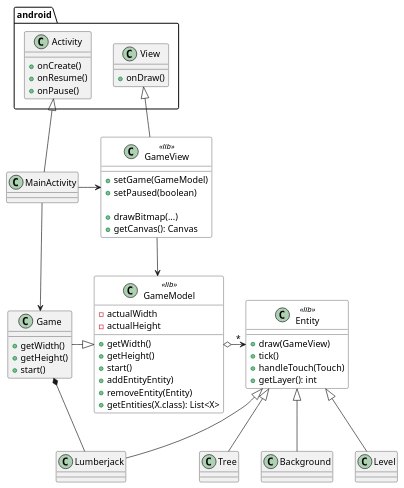
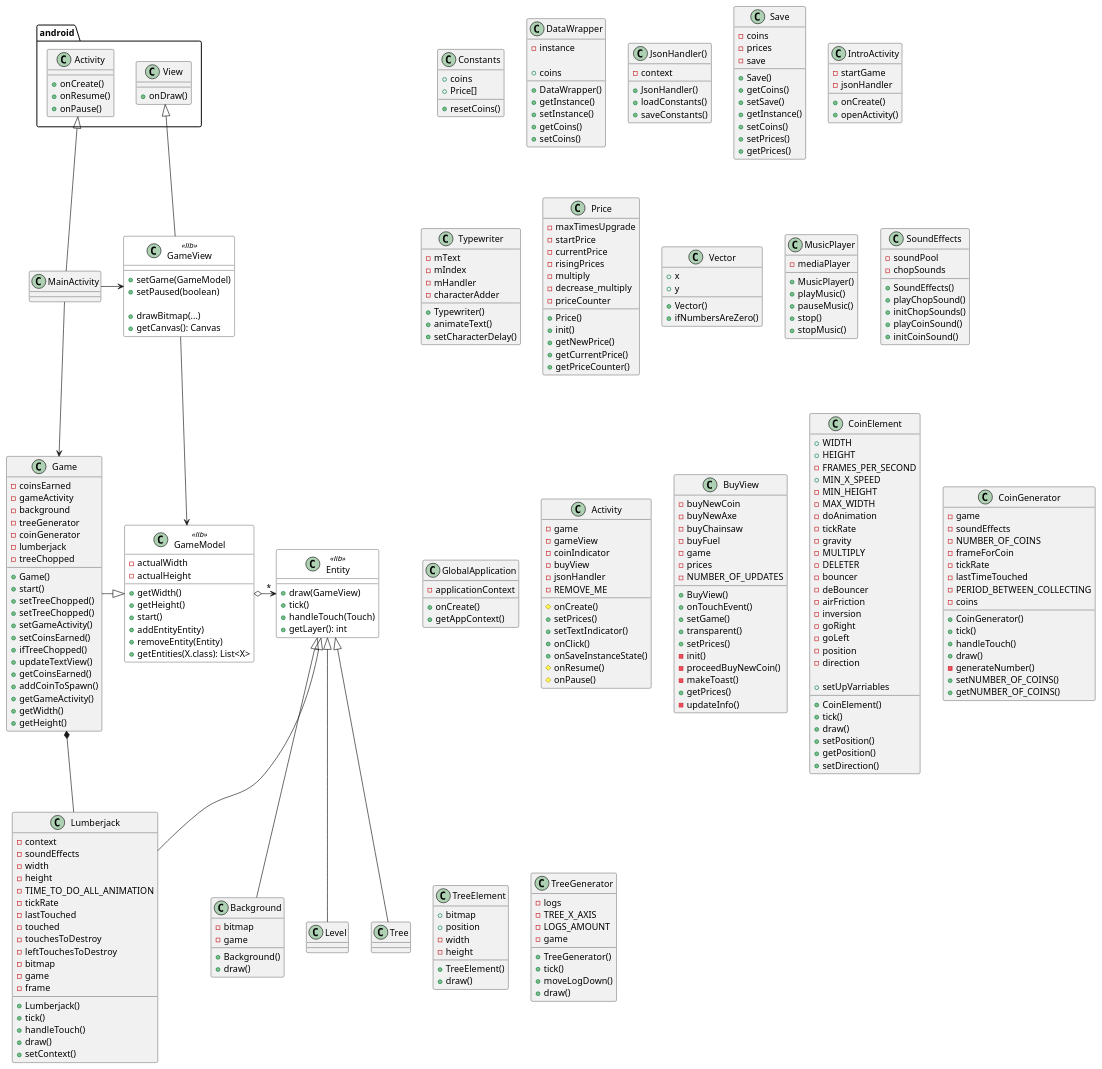
The diagram in doc/doc_lumberjack/technical-design.md (Iheuwadinachi/playg), drawn with PlantUML before and after one commit.

Commit message:
improved class diagram

```diff
--- a/doc/doc_lumberjack/technical-design.md
+++ b/doc/doc_lumberjack/technical-design.md
@@ -47,10 +47,239 @@
     BackgroundColor<< lib >> white
 }
 
+class Constants{
+    + coins
+    + Price[]
+    + resetCoins()
+}
+
+class DataWrapper{
+    - instance
+    
+    + coins
+    + DataWrapper()
+    + getInstance()
+    + setInstance()
+    + getCoins()
+    + setCoins()
+    
+}
+
+class JsonHandler(){
+    - context
+    
+    + JsonHandler()
+    + loadConstants()
+    + saveConstants()
+}
+
+class Save {
+    - coins
+    - prices
+    - save
+    
+    + Save()
+    + getCoins()
+    + setSave()
+    + getInstance()
+    + setCoins()
+    + setPrices()
+    + getPrices()
+}
+
+class IntroActivity{
+    - startGame
+    - jsonHandler
+    
+    + onCreate()
+    + openActivity()
+}
+
+class Typewriter{
+    - mText
+    - mIndex
+    - mHandler
+    - characterAdder
+    
+    + Typewriter()
+    + animateText()
+    + setCharacterDelay()
+}
+
+class Price{
+    - maxTimesUpgrade
+    - startPrice
+    - currentPrice
+    - risingPrices
+    - multiply
+    - decrease_multiply
+    - priceCounter
+    
+    + Price()
+    + init()
+    + getNewPrice()
+    + getCurrentPrice()
+    + getPriceCounter()
+}
+
+class Vector{
+    + x
+    + y
+    
+    + Vector()
+    + ifNumbersAreZero()
+}
+
+class MusicPlayer{
+    - mediaPlayer
+    
+    + MusicPlayer()
+    + playMusic()
+    + pauseMusic()
+    + stop()
+    + stopMusic()
+}
+
+class SoundEffects{
+    - soundPool
+    - chopSounds
+    
+    + SoundEffects()
+    + playChopSound()
+    + initChopSounds()
+    + playCoinSound()
+    + initCoinSound()
+}
+
+class GlobalApplication{
+    - applicationContext
+    
+    + onCreate()
+    + getAppContext()
+}
+
+class Activity{
+    - game
+    - gameView
+    - coinIndicator
+    - buyView
+    - jsonHandler
+    - REMOVE_ME
+    
+    # onCreate()
+    + setPrices()
+    + setTextIndicator()
+    + onClick()
+    + onSaveInstanceState()
+    # onResume()
+    # onPause()
+    
+}
+
+class Background{
+    - bitmap
+    - game
+    
+    + Background()
+    + draw()
+}
+
+class BuyView{
+    - buyNewCoin
+    - buyNewAxe
+    - buyChainsaw
+    - buyFuel
+    - game
+    - prices
+    - NUMBER_OF_UPDATES
+    
+    
+    
+    + BuyView()
+    + onTouchEvent()
+    + setGame()
+    + transparent()
+    + setPrices()
+    - init()
+    - proceedBuyNewCoin()
+    - makeToast()
+    + getPrices()
+    - updateInfo()
+    
+    
+}
+class CoinElement{
+    + WIDTH
+    + HEIGHT
+    - FRAMES_PER_SECOND
+    + MIN_X_SPEED
+    - MIN_HEIGHT
+    - MAX_WIDTH
+    - doAnimation
+    - tickRate
+    - gravity
+    - MULTIPLY
+    - DELETER
+    - bouncer
+    - deBouncer
+    - airFriction
+    - inversion
+    - goRight
+    - goLeft
+    - position
+    - direction
+    
+    + CoinElement()
+    + tick()
+    + draw()
+    + setPosition()
+    + getPosition()
+    + setDirection()
+    + setUpVarriables
+    
+}
+class CoinGenerator{
+    - game
+    - soundEffects
+    - NUMBER_OF_COINS
+    - frameForCoin
+    - tickRate
+    - lastTimeTouched
+    - PERIOD_BETWEEN_COLLECTING
+    - coins
+    
+    + CoinGenerator()
+    + tick()
+    + handleTouch()
+    + draw()
+    - generateNumber()
+    + setNUMBER_OF_COINS()
+    + getNUMBER_OF_COINS()
+}
+
 class Game {
+    - coinsEarned
+    - gameActivity
+    - background
+    - treeGenerator
+    - coinGenerator
+    - lumberjack
+    - treeChopped
+    
+    + Game()
+    + start()
+    + setTreeChopped()
+    + setTreeChopped()
+    + setGameActivity()
+    + setCoinsEarned()
+    + ifTreeChopped()
+    + updateTextView()
+    + getCoinsEarned()
+    + addCoinToSpawn()
+    + getGameActivity()
     + getWidth()
     + getHeight()
-    + start()
+   
 }
 
 class MainActivity {
@@ -59,13 +288,50 @@
 
 
 class Lumberjack{
-
+    - context
+    - soundEffects
+    - width
+    - height
+    - TIME_TO_DO_ALL_ANIMATION
+    - tickRate
+    - lastTouched
+    - touched
+    - touchesToDestroy
+    - leftTouchesToDestroy
+    - bitmap
+    - game
+    - frame
+    
+    + Lumberjack()
+    + tick()
+    + handleTouch()
+    + draw()
+    + setContext()
+    
 }
 
-class Tree{
+class TreeElement{
+    + bitmap
+    + position
+    - width
+    - height
+    
+    + TreeElement()
+    + draw()
+    
 }
 
-class Background{
+class TreeGenerator{
+    - logs
+    - TREE_X_AXIS
+    - LOGS_AMOUNT
+    - game
+    
+    + TreeGenerator()
+    + tick()
+    + moveLogDown()
+    + draw()
+    
 }
 
 class Level{
```
